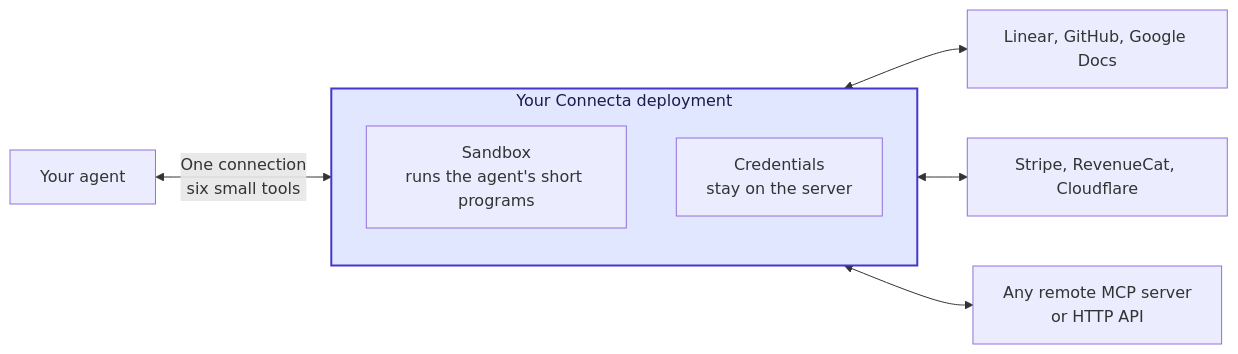
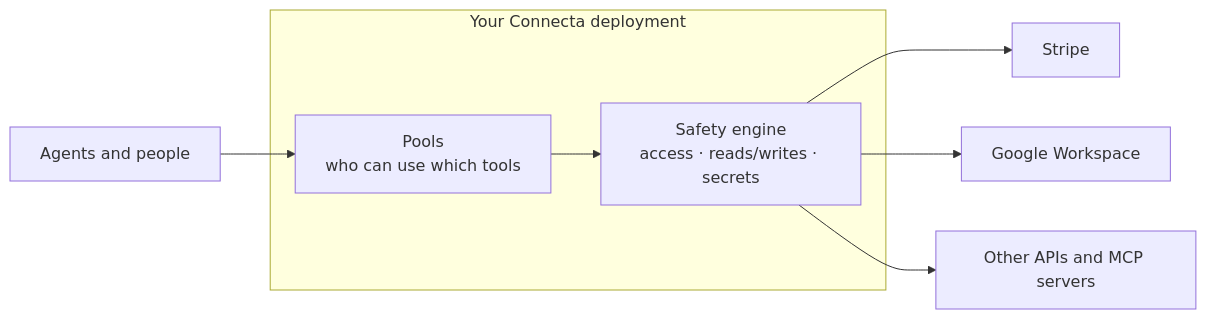
Before and after one commit to zackbart/connecta: the first of 2 diagrams in README.md, drawn with Mermaid. The commit also changed other lines of this file and 14 other files, not shown here.

````diff
--- a/README.md
+++ b/README.md
@@ -10,15 +8,10 @@
 ```mermaid
 flowchart LR
-    Agent["Your agent"] <-->|"One connection<br/>six small tools"| Connecta
-
+    Agents["Agents and people"] --> Pools
     subgraph Connecta["Your Connecta deployment"]
-        Sandbox["Sandbox<br/>runs the agent's short programs"]
-        Keys["Credentials<br/>stay on the server"]
+        Pools["Pools<br/>who can use which tools"] --> Safety["Safety engine<br/>access · reads/writes · secrets"]
     end
-
-    Connecta <--> Work["Linear, GitHub, Google Docs"]
-    Connecta <--> Business["Stripe, RevenueCat, Cloudflare"]
-    Connecta <--> Yours["Any remote MCP server<br/>or HTTP API"]
-
-    style Connecta fill:#e0e7ff,stroke:#4338ca,color:#1e1b4b,stroke-width:2px
+    Safety --> Stripe
+    Safety --> Google["Google Workspace"]
+    Safety --> Other["Other APIs and MCP servers"]
 ```
````
